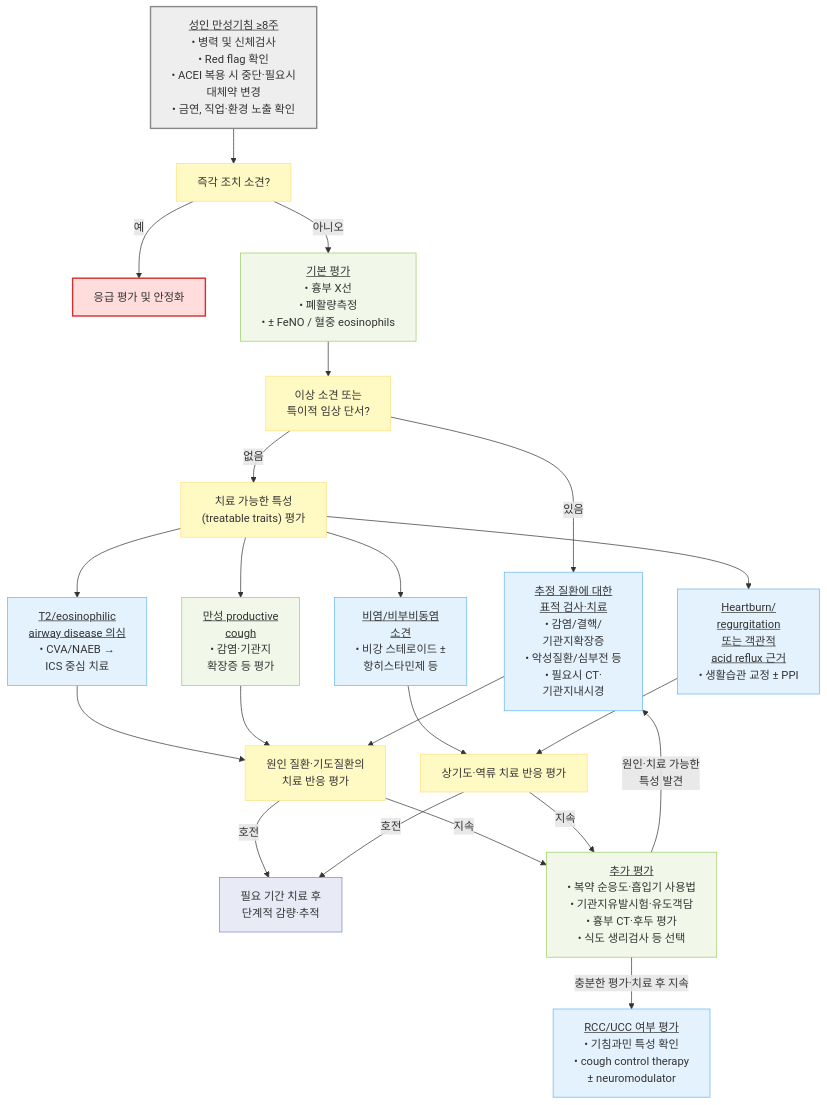
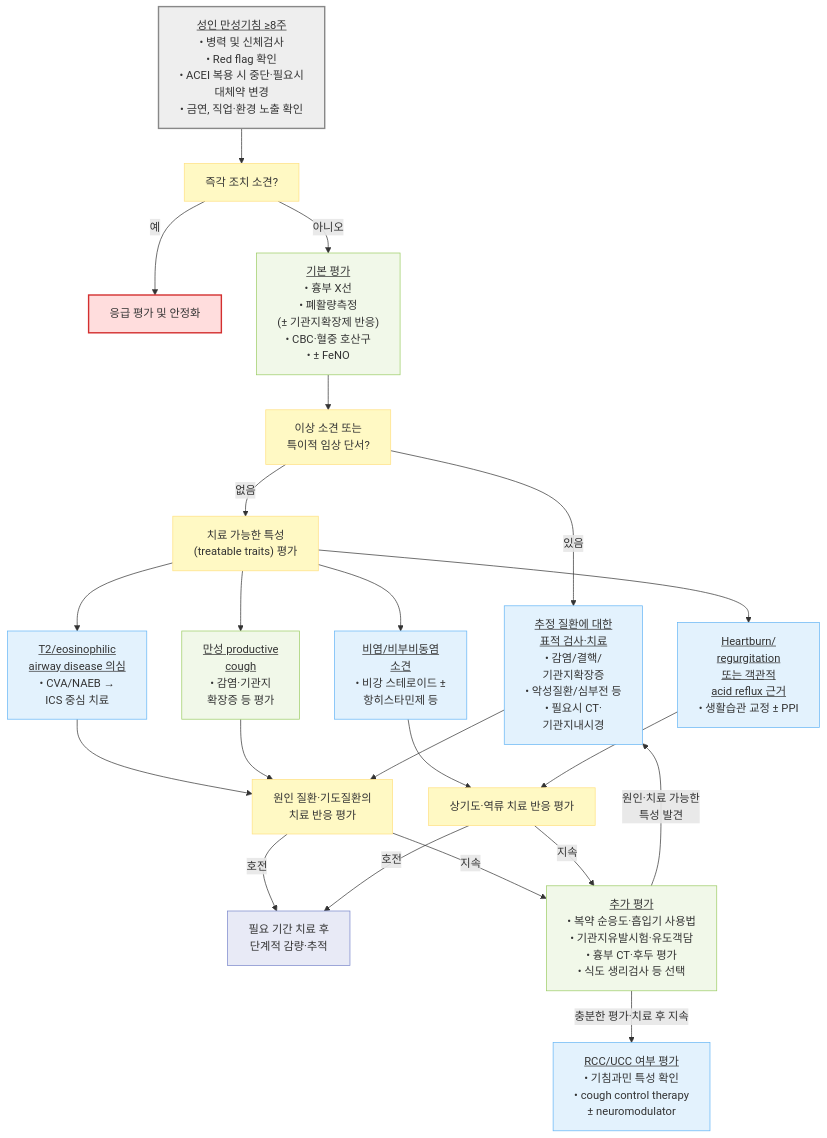
The third of 3 diagrams in 220_/006_-cough.md (familyoh77/familyoh77), drawn with Mermaid before and after one commit. The commit also changed other lines of this file and 5 other files, not shown here.

````diff
--- a/220_/006_-cough.md
+++ b/220_/006_-cough.md
@@ -362,38 +370,38 @@
 ```mermaid
 flowchart TD
     Start["<u>성인 만성기침 ≥8주</u><br/>• 병력 및 신체검사<br/>• Red flag 확인<br/>• ACEI 복용 시 중단·필요시 <br/>대체약 변경<br/>• 금연, 직업·환경 노출 확인"]
     Start --> Urgent["즉각 조치 소견?"]
     Urgent -- "예" --> Emergency["응급 평가 및 안정화"]
-    Urgent -- "아니오" --> Basic["<u>기본 평가</u><br/>• 흉부 X선<br/>• 폐활량측정<br/>• ± FeNO / 혈중 eosinophils"]
+    Urgent -- "아니오" --> Basic["<u>기본 평가</u><br/>• 흉부 X선<br/>• 폐활량측정<br/>(± 기관지확장제 반응)<br/>• CBC·혈중 호산구<br/>• ± FeNO"]
     Basic --> Abnormal["이상 소견 또는<br/>특이적 임상 단서?"]
     Abnormal -- "있음" --> Specific["<u>추정 질환에 대한 <br/>표적 검사·치료</u><br/>• 감염/결핵/<br/>기관지확장증<br/>• 악성질환/심부전 등<br/>• 필요시 CT·<br/>기관지내시경"]
     Abnormal -- "없음" --> Traits["치료 가능한 특성<br/>(treatable traits) 평가"]
     Traits --> Eos["<u>T2/eosinophilic <br/>airway disease 의심</u><br/>• CVA/NAEB → <br/>ICS 중심 치료"]
     Traits --> Upper["<u>비염/비부비동염 <br/>소견</u><br/>• 비강 스테로이드 ± <br/>항히스타민제 등"]
     Traits --> Reflux["<u>Heartburn/<br/>regurgitation <br/>또는 객관적 <br/>acid reflux 근거</u><br/>• 생활습관 교정 ± PPI"]
     Traits --> Productive["<u>만성 productive <br/>cough</u><br/>• 감염·기관지<br/>확장증 등 평가"]
     Eos --> FU["원인 질환·기도질환의 <br/>치료 반응 평가"]
     Productive --> FU
     Specific --> FU
     Upper --> FUUpper["상기도·역류 치료 반응 평가"]
     Reflux --> FUUpper
     FU -- "호전" --> Maintain["필요 기간 치료 후<br/>단계적 감량·추적"]
     FUUpper -- "호전" --> Maintain
     FU -- "지속" --> Add["<u>추가 평가</u><br/>• 복약 순응도·흡입기 사용법<br/>• 기관지유발시험·유도객담<br/>• 흉부 CT·후두 평가<br/>• 식도 생리검사 등 선택"]
     FUUpper -- "지속" --> Add
     Add -- "원인·치료 가능한 <br/>특성 발견" --> Specific
     Add -- "충분한 평가·치료 후 지속" --> RCC["<u>RCC/UCC 여부 평가</u><br/>• 기침과민 특성 확인<br/>• cough control therapy <br/>± neuromodulator"]
     classDef start fill:#eeeeee,stroke:#888888,stroke-width:2px
     classDef question fill:#fff9c4,stroke:#ffe082
     classDef emergency fill:#ffdddd,stroke:#d32f2f,stroke-width:2px
     classDef evaluation fill:#f1f8e9,stroke:#9ccc65
     classDef treatment fill:#e3f2fd,stroke:#64b5f6
     classDef followup fill:#e8eaf6,stroke:#7986cb
     class Start start
     class Urgent,Abnormal,Traits,FU,FUUpper question
     class Emergency emergency
     class Basic,Productive,Add evaluation
     class Specific,Eos,Upper,Reflux,RCC treatment
     class Maintain followup
 
 ```
````
